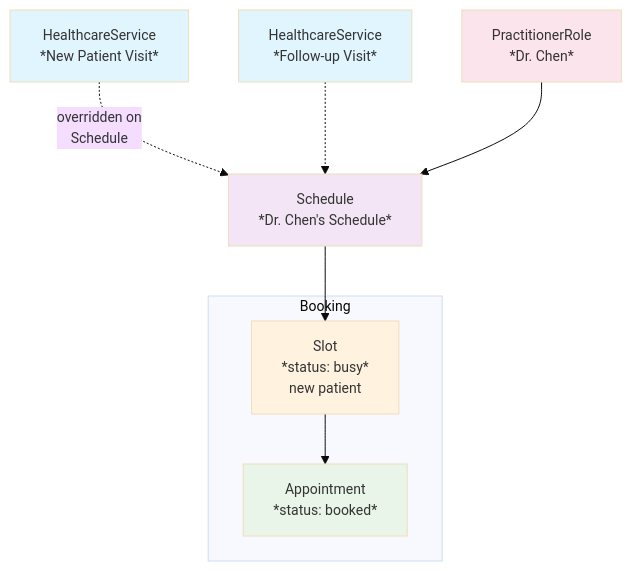
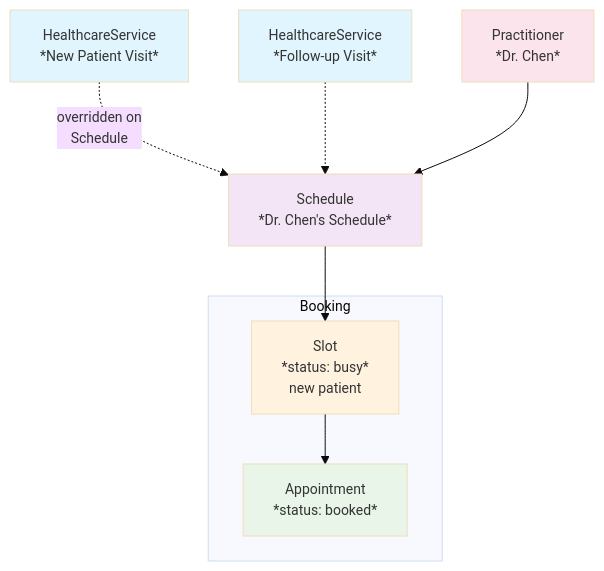
Before and after one commit to medplum/medplum: the third of 5 diagrams in packages/docs/docs/scheduling/defining-availability.md, drawn with Mermaid. The commit also changed other lines of this file, not shown here.

````diff
--- a/packages/docs/docs/scheduling/defining-availability.md
+++ b/packages/docs/docs/scheduling/defining-availability.md
@@ -412,20 +412,20 @@
 ```mermaid
 %%{init: {'theme':'base', 'themeVariables': {'fontSize':'14px'}, 'flowchart': {'useMaxWidth': false, 'htmlLabels': true}}}%%
 graph TD
     A1[HealthcareService<br/>*New Patient Visit*] -. overridden on<br/>Schedule .-> B[Schedule<br/>*Dr. Chen's Schedule*]
     A2[HealthcareService<br/>*Follow-up Visit*] -.-> B
-    C[PractitionerRole<br/>*Dr. Chen*] --> B
+    C[Practitioner<br/>*Dr. Chen*] --> B
 
     B --> D1[Slot<br/>*status: busy*<br/>new patient]
 
     subgraph "Booking"
         D1 --> E1[Appointment<br/>*status: booked*]
     end
 
     style A1 fill:#e1f5fe
     style A2 fill:#e1f5fe
     style B fill:#f3e5f5
     style C fill:#fce4ec
     style D1 fill:#fff3e0
     style E1 fill:#e8f5e8
 ```
````
